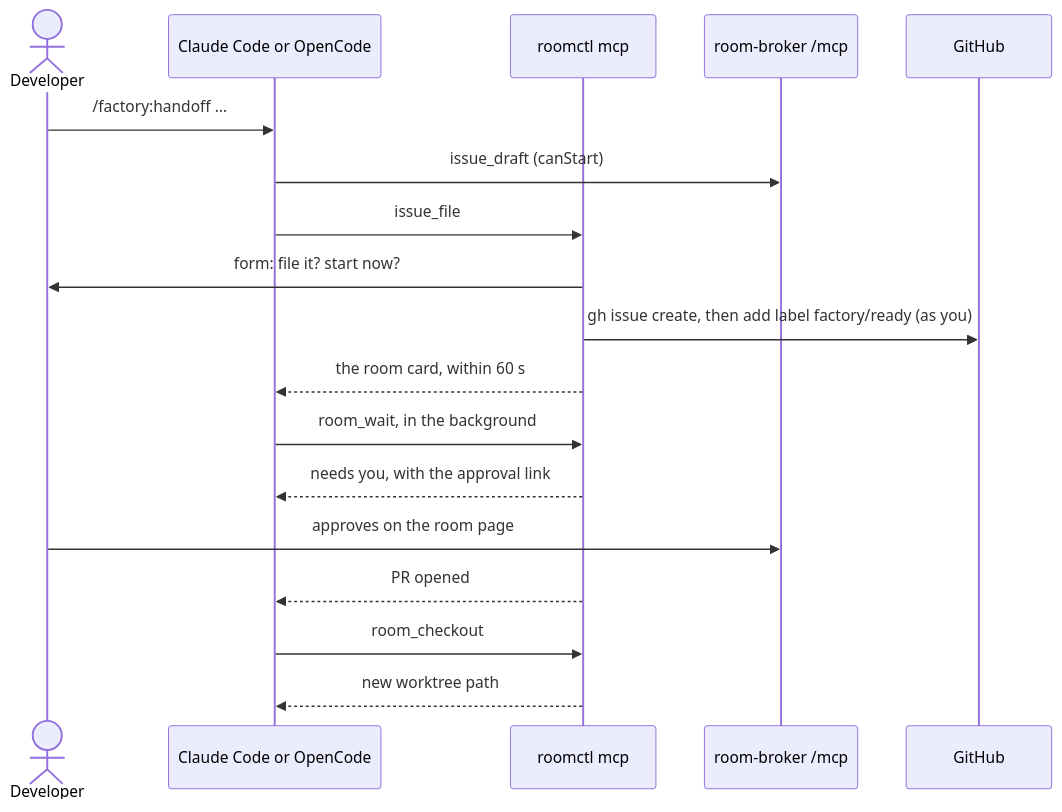
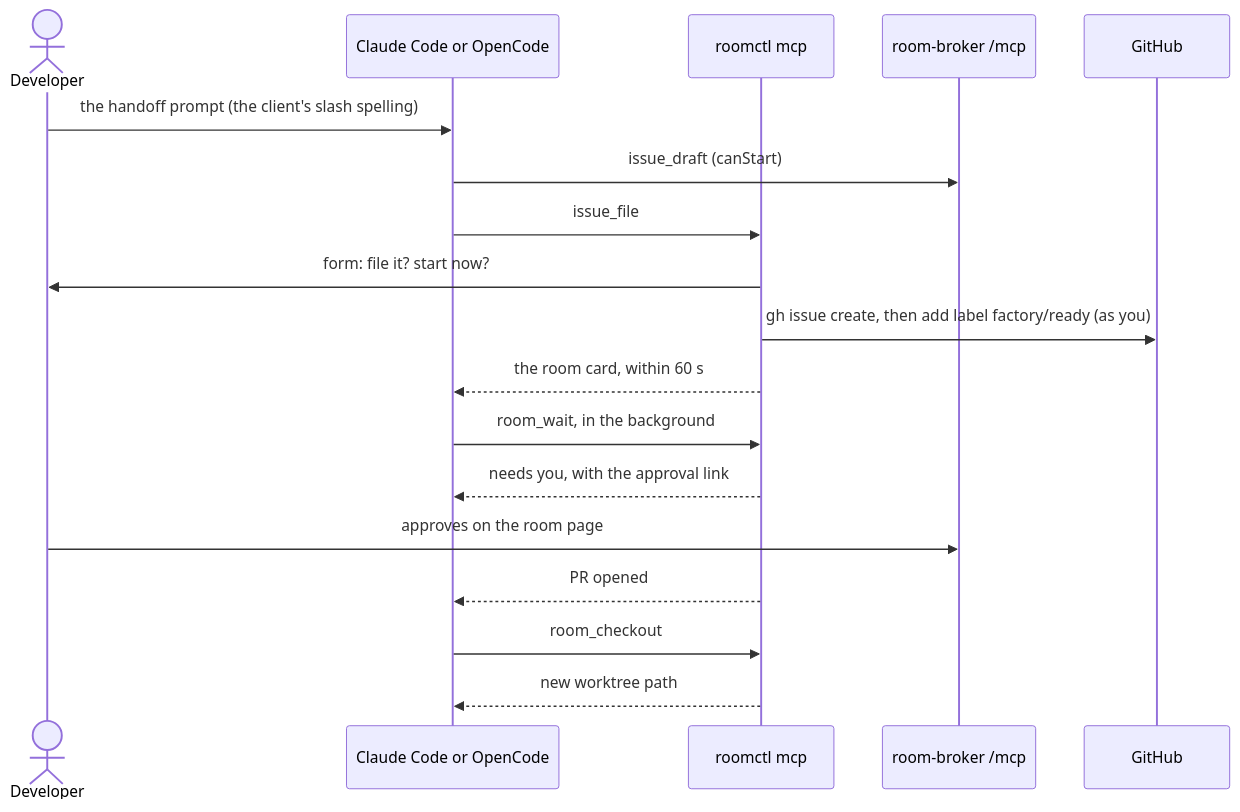
One commit to Smana/ai-native-ref changed the diagram in docs/runbooks/agent-factory/19-factory-from-your-agent.md. Above: the diagram before and after it, drawn with Mermaid. The commit also changed other lines of this file, not shown here.

First line of the commit message:
docs(runbooks): runbook 19 says Claude Code's slash spelling is /mcp__factory__handoff

````diff
--- a/docs/runbooks/agent-factory/19-factory-from-your-agent.md
+++ b/docs/runbooks/agent-factory/19-factory-from-your-agent.md
@@ -10,20 +10,20 @@
 ```mermaid
 sequenceDiagram
   actor Dev as Developer
   participant A as Claude Code or OpenCode
   participant R as roomctl mcp
   participant B as room-broker /mcp
   participant GH as GitHub
-  Dev->>A: /factory:handoff …
+  Dev->>A: the handoff prompt (the client's slash spelling)
   A->>B: issue_draft (canStart)
   A->>R: issue_file
   R->>Dev: form: file it? start now?
   R->>GH: gh issue create, then add label factory/ready (as you)
   R-->>A: the room card, within 60 s
   A->>R: room_wait, in the background
   R-->>A: needs you, with the approval link
   Dev->>B: approves on the room page
   R-->>A: PR opened
   A->>R: room_checkout
   R-->>A: new worktree path
 ```
````
